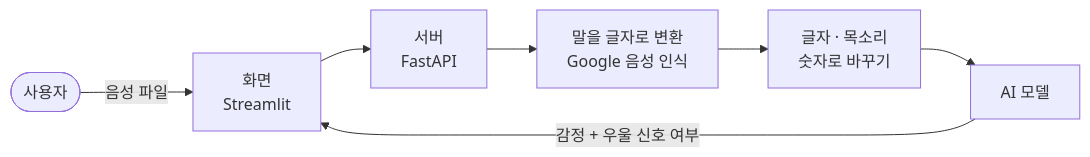
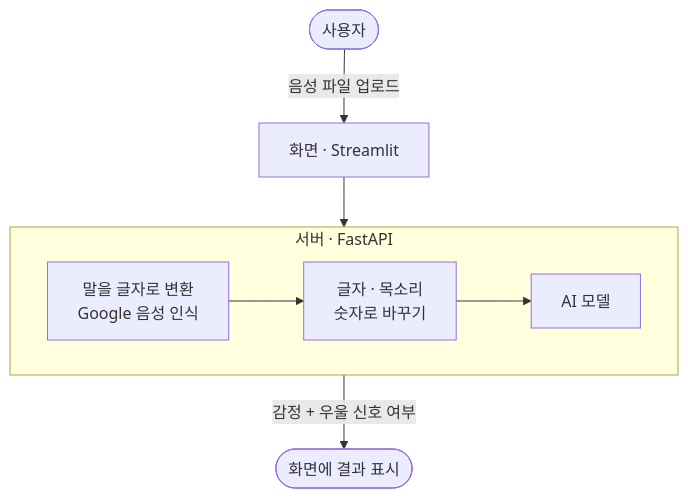
One commit to TaehyukRyu/depression-detection changed the first of 5 diagrams in README.md. Above: the diagram before and after it, drawn with Mermaid.

Commit message:
README 동작 흐름 그림 수정: 서버 단계를 상자로 묶어 가려지는 칸 없앰

````diff
--- a/README.md
+++ b/README.md
@@ -24,9 +24,10 @@
 ```mermaid
-flowchart LR
-    U(["사용자"]) -->|"음성 파일"| F["화면<br/>Streamlit"]
-    F --> B["서버<br/>FastAPI"]
-    B --> S["말을 글자로 변환<br/>Google 음성 인식"]
-    S --> P["글자 · 목소리<br/>숫자로 바꾸기"]
-    P --> M["AI 모델"]
-    M -->|"감정 + 우울 신호 여부"| F
+flowchart TB
+    U(["사용자"]) -->|"음성 파일 업로드"| F["화면 · Streamlit"]
+    F --> B
+    subgraph B["서버 · FastAPI"]
+        direction LR
+        S["말을 글자로 변환<br/>Google 음성 인식"] --> P["글자 · 목소리<br/>숫자로 바꾸기"] --> M["AI 모델"]
+    end
+    B -->|"감정 + 우울 신호 여부"| R(["화면에 결과 표시"])
 ```
````
